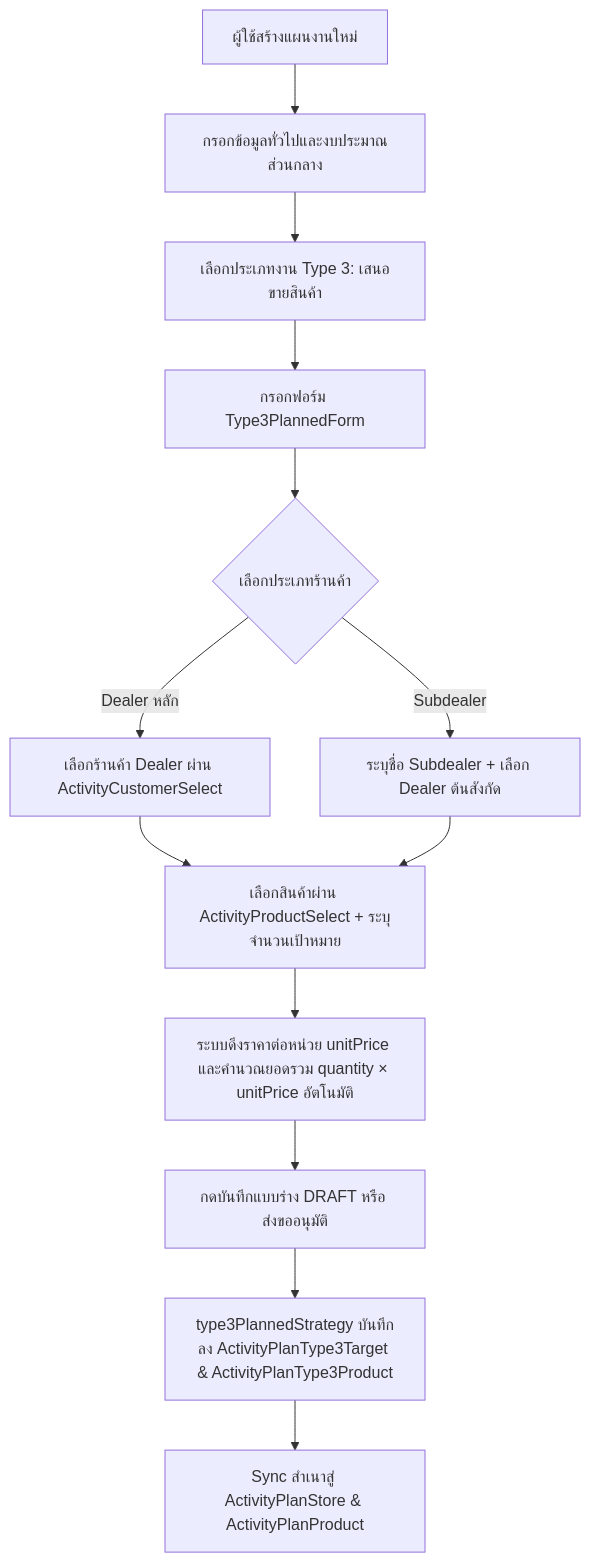
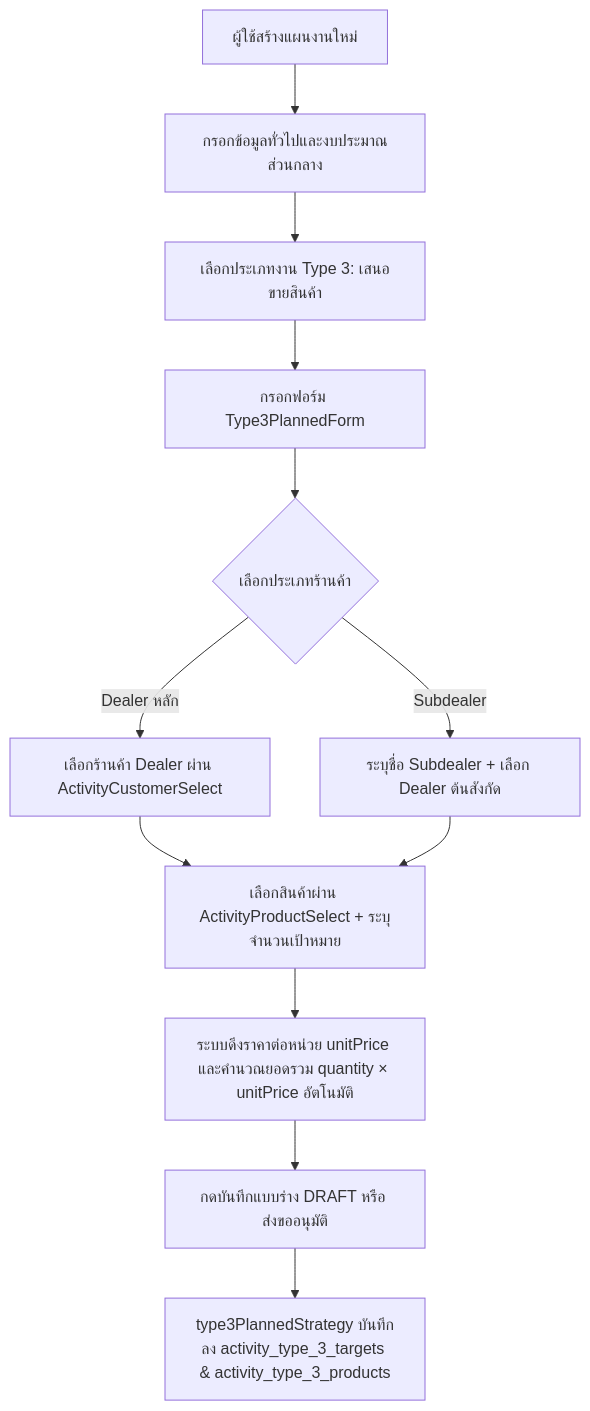
The first of 3 diagrams in modules/activity/features/type-3/README.md (bankhk10/crm-bank), drawn with Mermaid before and after one commit. The commit also changed other lines of this file and 19 other files, not shown here.

````diff
--- a/modules/activity/features/type-3/README.md
+++ b/modules/activity/features/type-3/README.md
@@ -46,15 +48,14 @@
 ```mermaid
 graph TD
     A["ผู้ใช้สร้างแผนงานใหม่"] --> B["กรอกข้อมูลทั่วไปและงบประมาณส่วนกลาง"]
     B --> C["เลือกประเภทงาน Type 3: เสนอขายสินค้า"]
     C --> D["กรอกฟอร์ม Type3PlannedForm"]
     D --> E{"เลือกประเภทร้านค้า"}
     E -->|"Dealer หลัก"| F["เลือกร้านค้า Dealer ผ่าน ActivityCustomerSelect"]
     E -->|"Subdealer"| G["ระบุชื่อ Subdealer + เลือก Dealer ต้นสังกัด"]
     F --> H["เลือกสินค้าผ่าน ActivityProductSelect + ระบุจำนวนเป้าหมาย"]
     G --> H
     H --> I["ระบบดึงราคาต่อหน่วย unitPrice และคำนวณยอดรวม quantity × unitPrice อัตโนมัติ"]
     I --> J["กดบันทึกแบบร่าง DRAFT หรือ ส่งขออนุมัติ"]
-    J --> K["type3PlannedStrategy บันทึกลง ActivityPlanType3Target & ActivityPlanType3Product"]
-    K --> L["Sync สำเนาสู่ ActivityPlanStore & ActivityPlanProduct"]
+    J --> K["type3PlannedStrategy บันทึกลง activity_type_3_targets & activity_type_3_products"]
 ```
````
